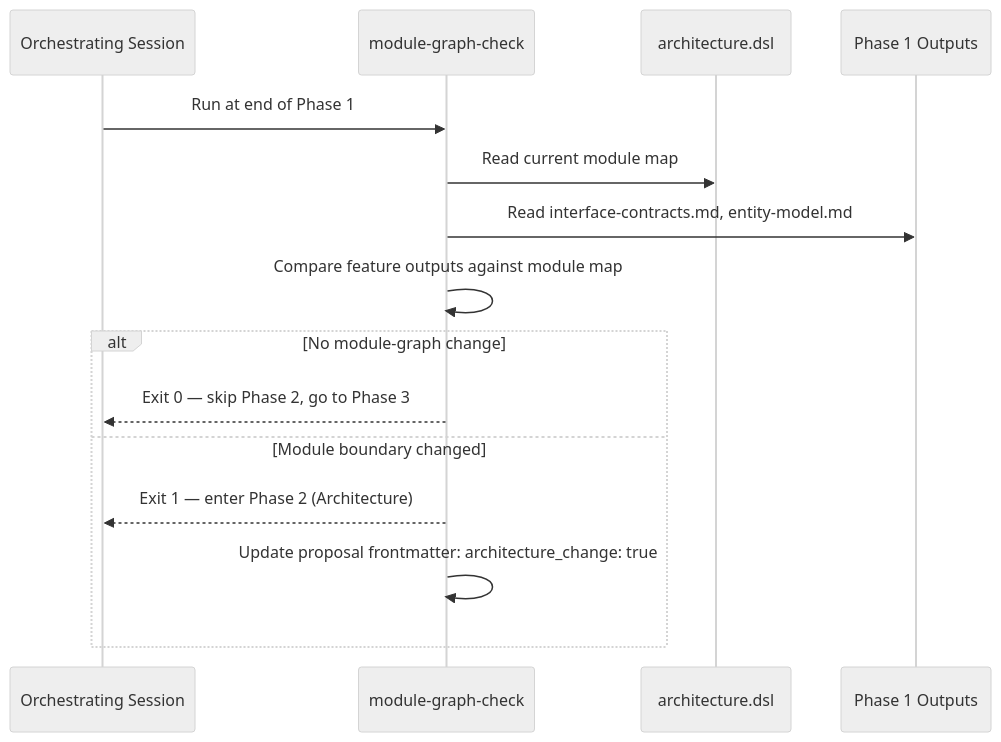
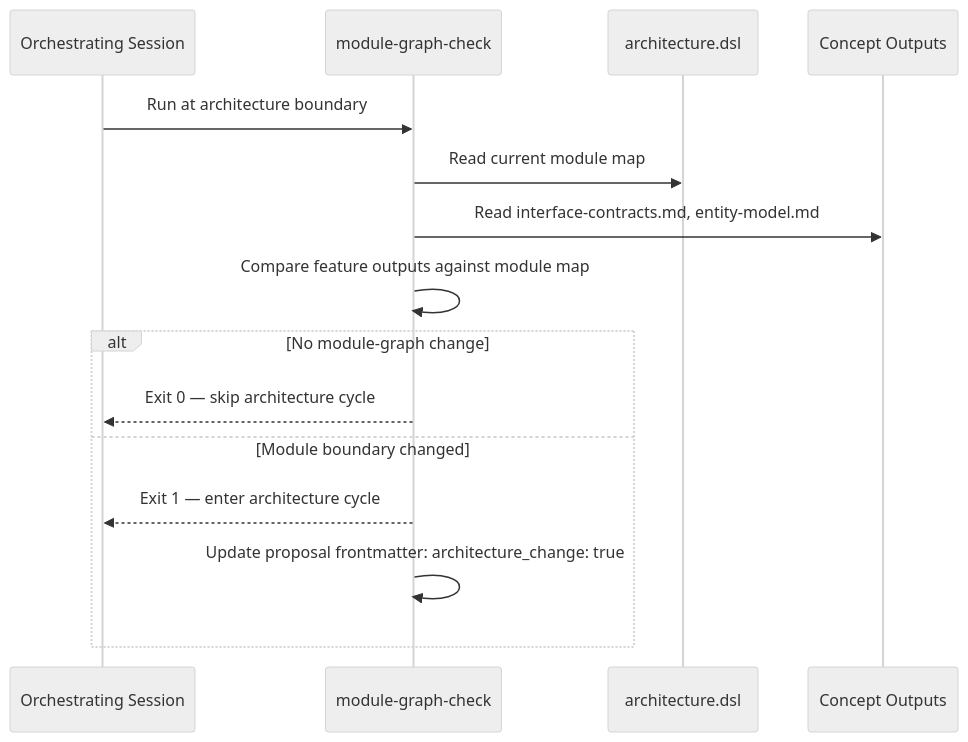
Before and after one commit to matthiasdaues/agent_factory: the eighth of 12 diagrams in docs/arc42/06_runtime_view.md, drawn with Mermaid (neutral theme). The commit also changed other lines of this file and 24 other files, not shown here.

First line of the commit message:
Docs: add cycle-based orchestration architecture

````diff
--- a/docs/arc42/06_runtime_view.md
+++ b/docs/arc42/06_runtime_view.md
@@ -151,18 +203,18 @@
 ```mermaid
 sequenceDiagram
     participant S as Orchestrating Session
     participant MG as module-graph-check
     participant DSL as architecture.dsl
-    participant P1 as Phase 1 Outputs
+    participant CO as Concept Outputs
 
-    S->>MG: Run at end of Phase 1
+    S->>MG: Run at architecture boundary
     MG->>DSL: Read current module map
-    MG->>P1: Read interface-contracts.md, entity-model.md
+    MG->>CO: Read interface-contracts.md, entity-model.md
     MG->>MG: Compare feature outputs against module map
     alt No module-graph change
-        MG-->>S: Exit 0 — skip Phase 2, go to Phase 3
+        MG-->>S: Exit 0 — skip architecture cycle
     else Module boundary changed
-        MG-->>S: Exit 1 — enter Phase 2 (Architecture)
+        MG-->>S: Exit 1 — enter architecture cycle
         MG->>MG: Update proposal frontmatter: architecture_change: true
     end
 ```
````
